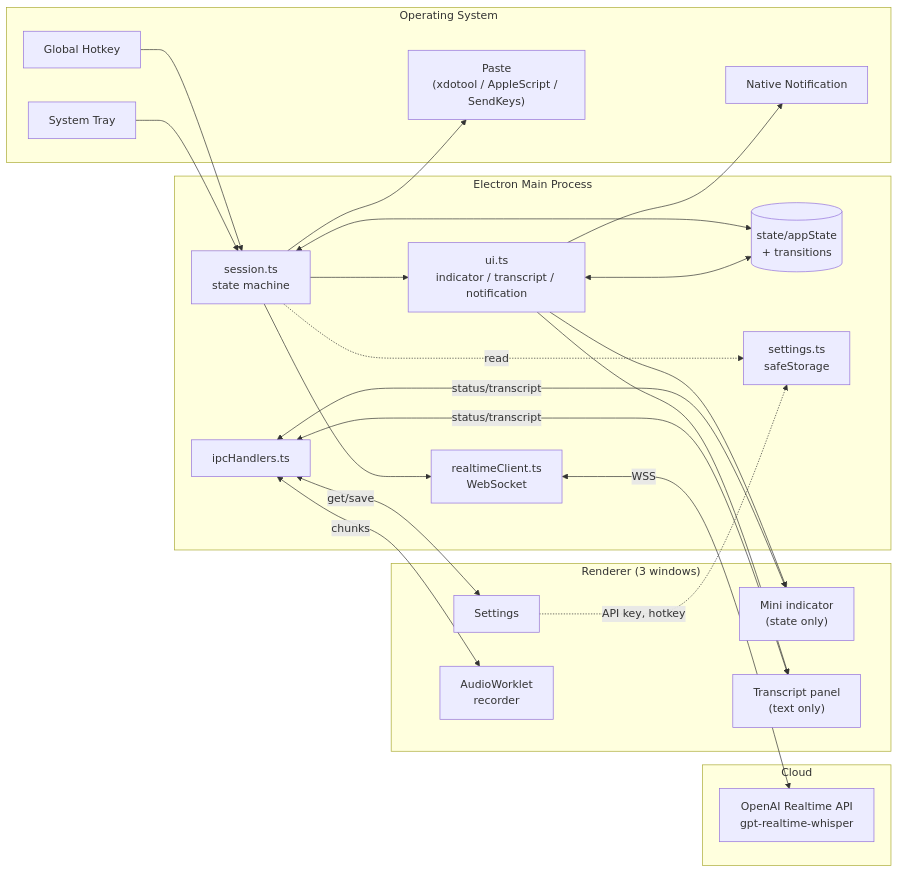
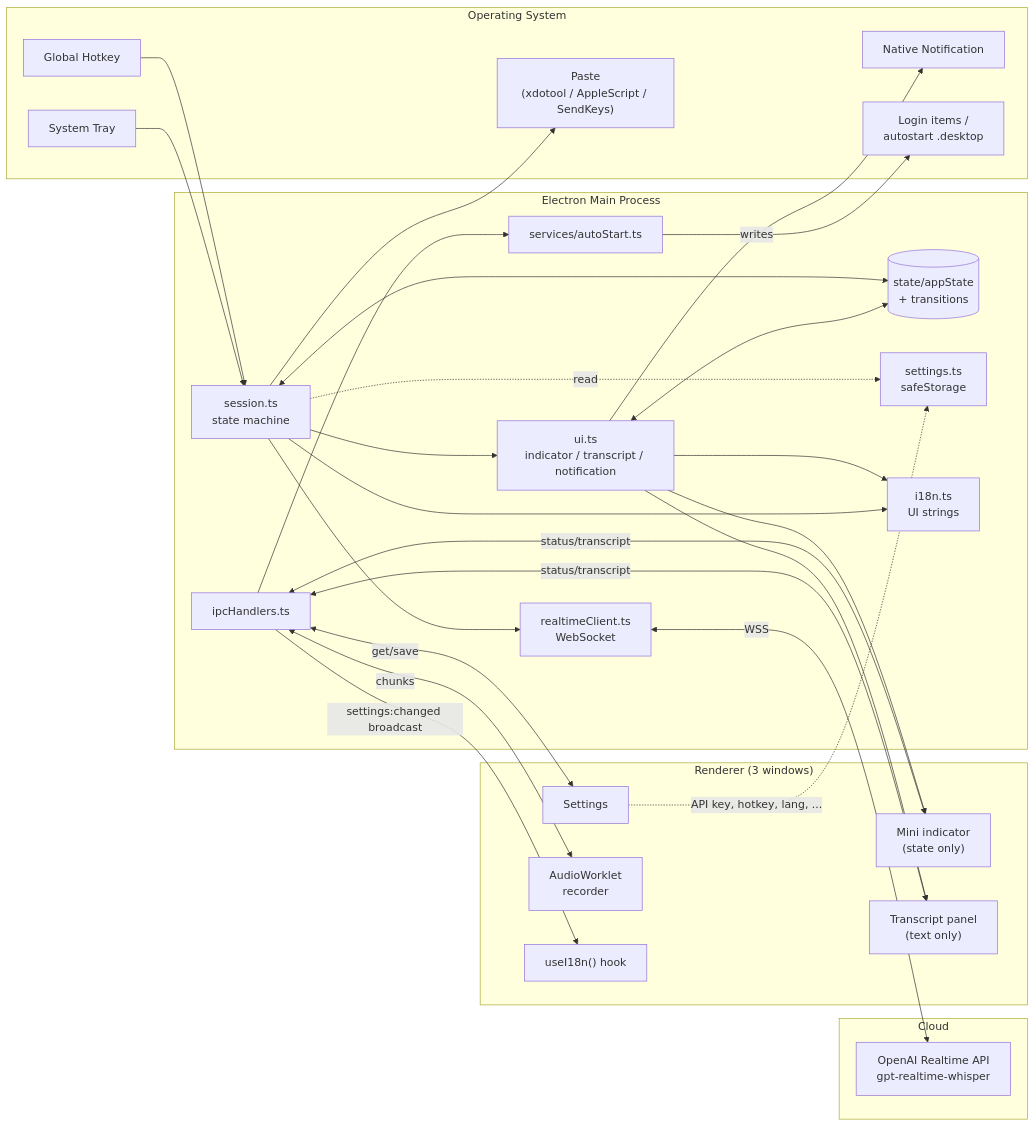
Before and after one commit to TakanariShimbo/whisper-anywhere: the diagram in README.md, drawn with Mermaid. The commit also changed other lines of this file and 1 other file, not shown here.

````diff
--- a/README.md
+++ b/README.md
@@ -167,47 +186,56 @@
 ```mermaid
 flowchart LR
   subgraph OS["Operating System"]
     HK[Global Hotkey]
     Tray[System Tray]
     Notify[Native Notification]
     Paste["Paste<br/>(xdotool / AppleScript / SendKeys)"]
+    Login["Login items /<br/>autostart .desktop"]
   end
 
   subgraph Main["Electron Main Process"]
     Session["session.ts<br/>state machine"]
     UI["ui.ts<br/>indicator / transcript / notification"]
     IPC["ipcHandlers.ts"]
     State[("state/appState<br/>+ transitions")]
     RT["realtimeClient.ts<br/>WebSocket"]
     Settings["settings.ts<br/>safeStorage"]
+    I18n["i18n.ts<br/>UI strings"]
+    AutoStart["services/autoStart.ts"]
   end
 
   subgraph Renderer["Renderer (3 windows)"]
     Mini["Mini indicator<br/>(state only)"]
     TS["Transcript panel<br/>(text only)"]
     SettingsUI["Settings"]
     Rec["AudioWorklet<br/>recorder"]
+    RI18n["useI18n() hook"]
   end
 
   subgraph Cloud["Cloud"]
     API["OpenAI Realtime API<br/>gpt-realtime-whisper"]
   end
 
   HK --> Session
   Tray --> Session
   Session <--> State
   UI <--> State
   Session --> UI
   Session --> RT
   Session --> Paste
   RT <-->|WSS| API
   UI --> Mini
   UI --> TS
   UI --> Notify
   IPC <-->|chunks| Rec
   IPC <-->|status/transcript| Mini
   IPC <-->|status/transcript| TS
   IPC <-->|get/save| SettingsUI
-  SettingsUI -.->|API key, hotkey| Settings
+  IPC --> AutoStart
+  IPC -->|settings:changed broadcast| RI18n
+  SettingsUI -.->|API key, hotkey, lang, ...| Settings
   Session -.->|read| Settings
+  AutoStart -->|writes| Login
+  UI --> I18n
+  Session --> I18n
 ```
````
